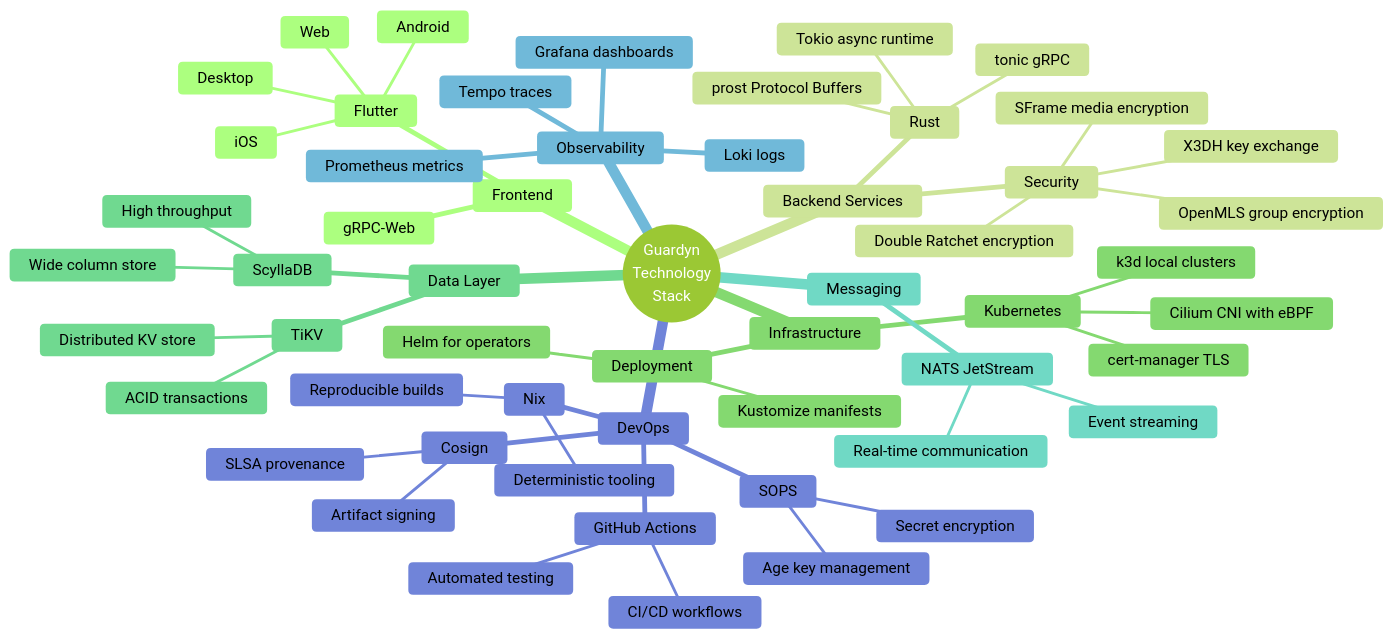
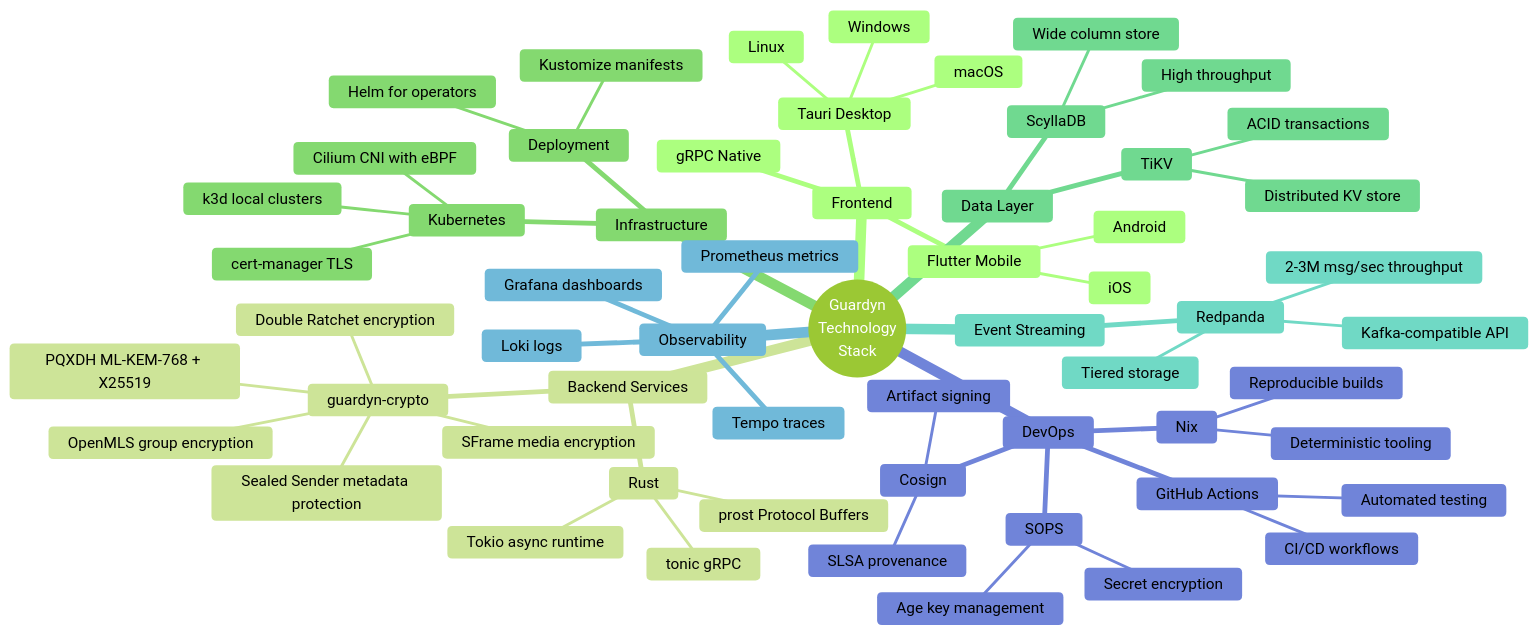
The sixth of 7 diagrams in docs/ARCHITECTURE.md (guardyn/guardyn), drawn with Mermaid (forest theme) before and after one commit. The commit also changed other lines of this file and 18 other files, not shown here.

First line of the commit message:
feat: migrate messaging from NATS to Redpanda

````diff
--- a/docs/ARCHITECTURE.md
+++ b/docs/ARCHITECTURE.md
@@ -352,58 +365,62 @@
 ```mermaid
 mindmap
   root((Guardyn<br/>Technology<br/>Stack))
     Frontend
-      Flutter
-        Web
+      Flutter Mobile
         iOS
         Android
-        Desktop
-      gRPC-Web
+      Tauri Desktop
+        Windows
+        macOS
+        Linux
+      gRPC Native
     Backend Services
       Rust
         Tokio async runtime
         tonic gRPC
         prost Protocol Buffers
-      Security
-        X3DH key exchange
+      guardyn-crypto
+        PQXDH ML-KEM-768 + X25519
         Double Ratchet encryption
         OpenMLS group encryption
         SFrame media encryption
+        Sealed Sender metadata protection
     Infrastructure
       Kubernetes
         k3d local clusters
         Cilium CNI with eBPF
         cert-manager TLS
       Deployment
         Kustomize manifests
         Helm for operators
     Data Layer
       TiKV
         Distributed KV store
         ACID transactions
       ScyllaDB
         Wide column store
         High throughput
-    Messaging
-      NATS JetStream
-        Event streaming
-        Real-time communication
+    Event Streaming
+      Redpanda
+        Kafka-compatible API
+        2-3M msg/sec throughput
+        Tiered storage
     Observability
       Prometheus metrics
       Loki logs
       Tempo traces
       Grafana dashboards
     DevOps
       Nix
         Reproducible builds
         Deterministic tooling
       SOPS
         Secret encryption
         Age key management
       Cosign
         Artifact signing
         SLSA provenance
       GitHub Actions
         CI/CD workflows
         Automated testing
 ```
````
